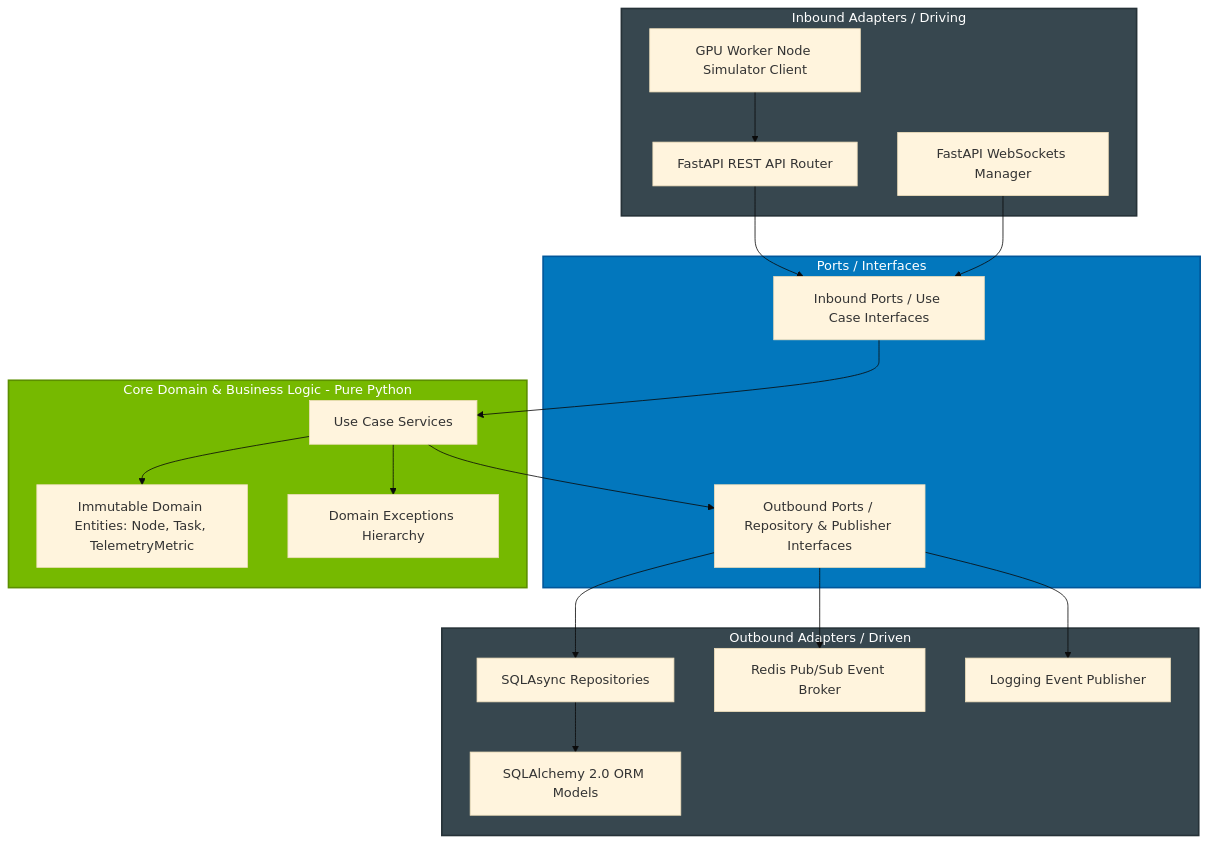
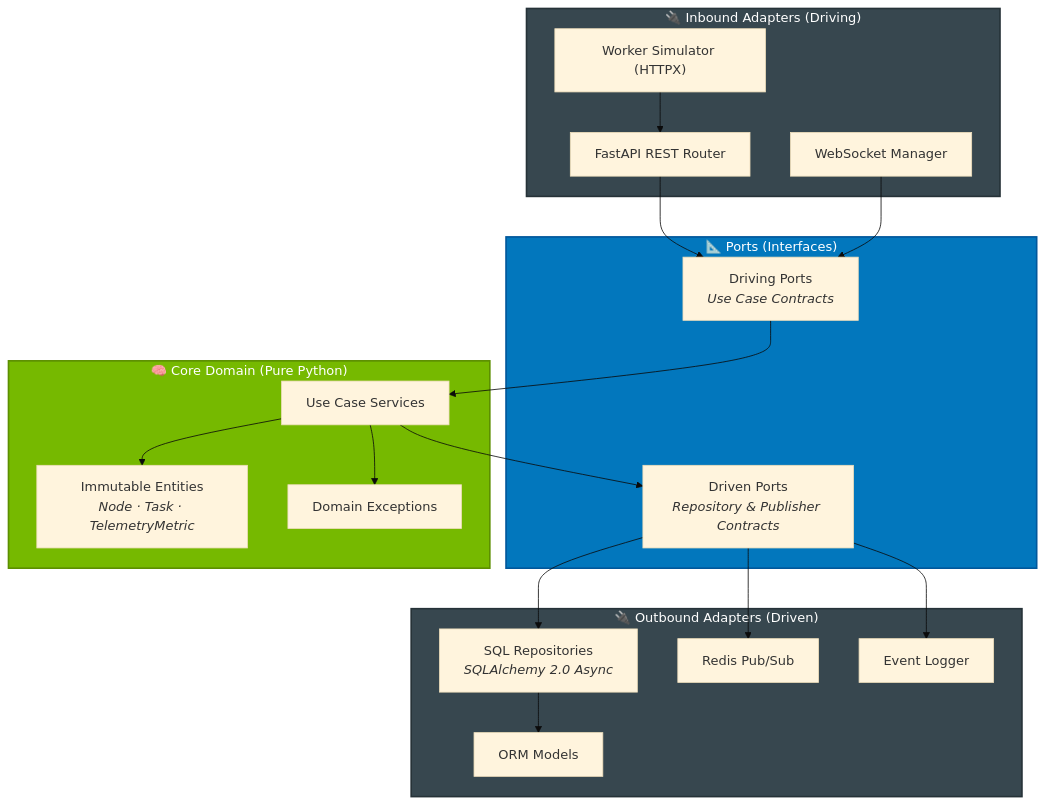
One commit to Casta2007-ccs/gpu-fleet-commander changed the diagram in README.md. Above: the diagram before and after it, drawn with Mermaid (base theme). The commit also changed other lines of this file, not shown here.

Commit message:
docs: professional README overhaul with structured sections, API examples, tech stack, and roadmap

````diff
--- a/README.md
+++ b/README.md
@@ -97,51 +128,43 @@
 ```mermaid
 graph TD
-    %% Inbound Adapters (Driving)
-    subgraph Inbound [Inbound Adapters / Driving]
-        API[FastAPI REST API Router]
-        WS[FastAPI WebSockets Manager]
-        Sim[GPU Worker Node Simulator Client]
+    subgraph Inbound["🔌 Inbound Adapters (Driving)"]
+        API["FastAPI REST Router"]
+        WS["WebSocket Manager"]
+        SIM["Worker Simulator (HTTPX)"]
     end
 
-    %% Ports Layer
-    subgraph Ports [Ports / Interfaces]
-        IPorts[Inbound Ports / Use Case Interfaces]
-        OPorts[Outbound Ports / Repository & Publisher Interfaces]
+    subgraph Ports["📐 Ports (Interfaces)"]
+        IP["Driving Ports<br/><i>Use Case Contracts</i>"]
+        OP["Driven Ports<br/><i>Repository & Publisher Contracts</i>"]
     end
 
-    %% Core Domain Layer
-    subgraph Core [Core Domain & Business Logic - Pure Python]
-        Services[Use Case Services]
-        Entities[Immutable Domain Entities: Node, Task, TelemetryMetric]
-        Exceptions[Domain Exceptions Hierarchy]
+    subgraph Core["🧠 Core Domain (Pure Python)"]
+        UC["Use Case Services"]
+        ENT["Immutable Entities<br/><i>Node · Task · TelemetryMetric</i>"]
+        EXC["Domain Exceptions"]
     end
 
-    %% Outbound Adapters (Driven)
-    subgraph Outbound [Outbound Adapters / Driven]
-        DB[SQLAsync Repositories]
-        ORM[SQLAlchemy 2.0 ORM Models]
-        Redis[Redis Pub/Sub Event Broker]
-        Log[Logging Event Publisher]
+    subgraph Outbound["🔌 Outbound Adapters (Driven)"]
+        SQL["SQL Repositories<br/><i>SQLAlchemy 2.0 Async</i>"]
+        ORM["ORM Models"]
+        RDS["Redis Pub/Sub"]
+        LOG["Event Logger"]
     end
 
-    %% Dependencies
-    API --> IPorts
-    WS --> IPorts
-    Sim --> API
-    
-    IPorts --> Services
-    Services --> Entities
-    Services --> Exceptions
-    Services --> OPorts
-    
-    OPorts --> DB
-    DB --> ORM
-    OPorts --> Redis
-    OPorts --> Log
+    SIM --> API
+    API --> IP
+    WS --> IP
+    IP --> UC
+    UC --> ENT
+    UC --> EXC
+    UC --> OP
+    OP --> SQL
+    SQL --> ORM
+    OP --> RDS
+    OP --> LOG
 
-    %% Styling
     style Core fill:#76b900,stroke:#5c8f00,stroke-width:2px,color:#fff
     style Ports fill:#0277bd,stroke:#01579b,stroke-width:2px,color:#fff
     style Inbound fill:#37474f,stroke:#263238,stroke-width:2px,color:#fff
     style Outbound fill:#37474f,stroke:#263238,stroke-width:2px,color:#fff
 ```
````
